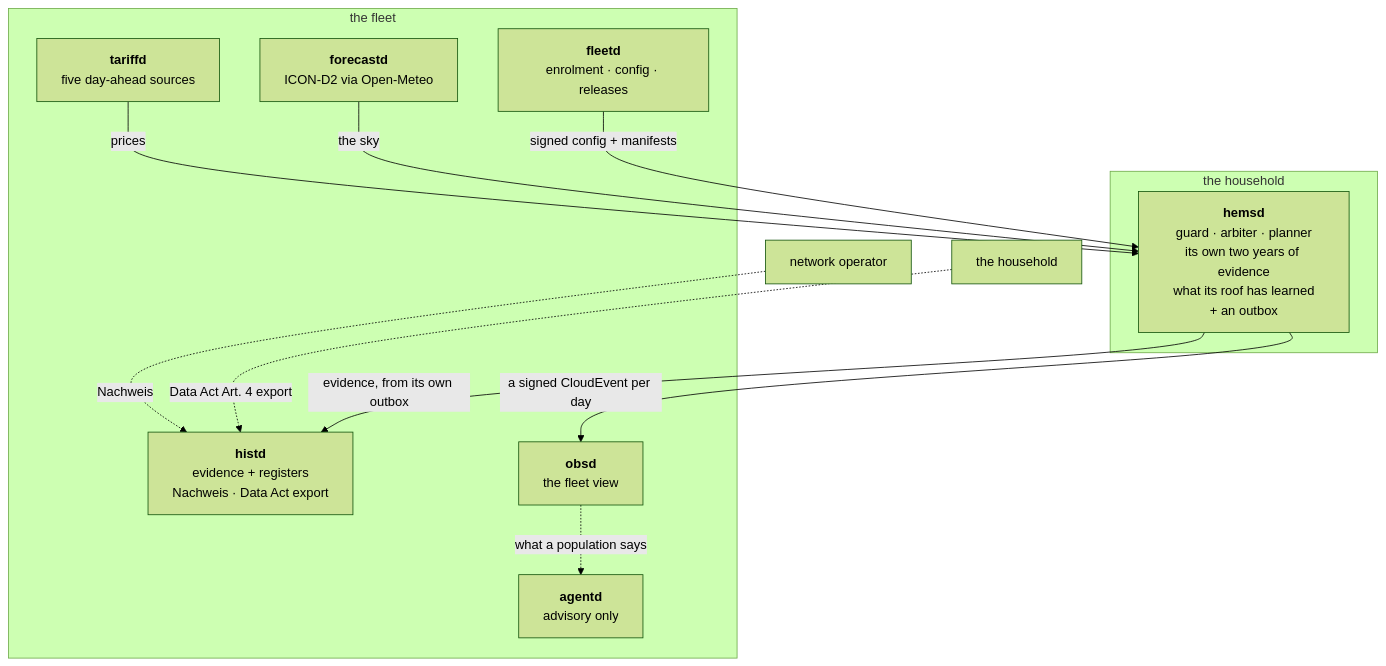
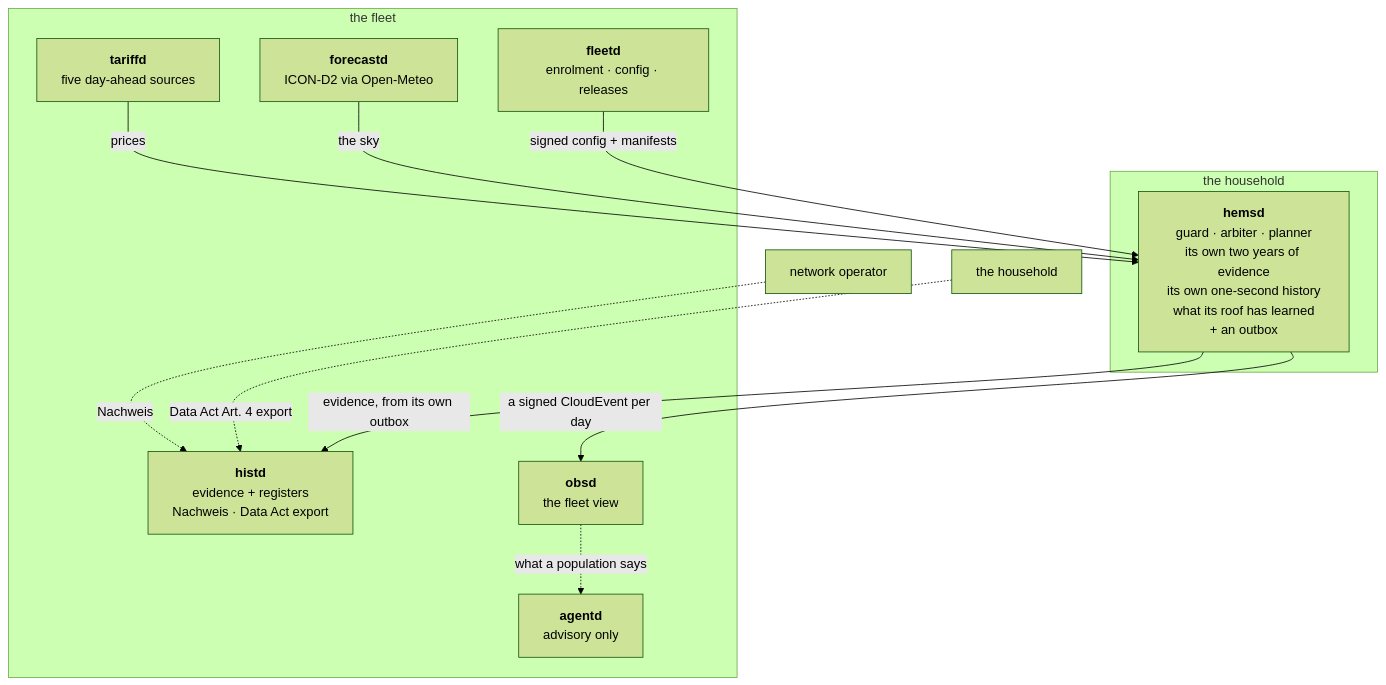
One commit to hupe1980/hems changed the diagram in site/content/docs/services.md. Above: the diagram before and after it, drawn with Mermaid (forest theme). The commit also changed other lines of this file and 27 other files, not shown here.

```diff
--- a/site/content/docs/services.md
+++ b/site/content/docs/services.md
@@ -22,22 +22,22 @@
 <pre class="mermaid">
 flowchart TB
   subgraph box["the household"]
-    H["<b>hemsd</b><br/>guard · arbiter · planner<br/>its own two years of evidence<br/>what its roof has learned<br/>+ an outbox"]
+    H["<b>hemsd</b><br/>guard · arbiter · planner<br/>its own two years of evidence<br/>its own one-second history<br/>what its roof has learned<br/>+ an outbox"]
   end
   subgraph fleet["the fleet"]
     T["<b>tariffd</b><br/>five day-ahead sources"]
     F["<b>forecastd</b><br/>ICON-D2 via Open-Meteo"]
     HI["<b>histd</b><br/>evidence + registers<br/>Nachweis · Data Act export"]
     FL["<b>fleetd</b><br/>enrolment · config · releases"]
     O["<b>obsd</b><br/>the fleet view"]
     A["<b>agentd</b><br/>advisory only"]
   end
   T -- "prices" --> H
   F -- "the sky" --> H
   H -- "evidence, from its own outbox" --> HI
   FL -- "signed config + manifests" --> H
   H -- "a signed CloudEvent per day" --> O
   O -. "what a population says" .-> A
   NO["network operator"] -. "Nachweis" .-> HI
   HH["the household"] -. "Data Act Art. 4 export" .-> HI
 </pre>
```
